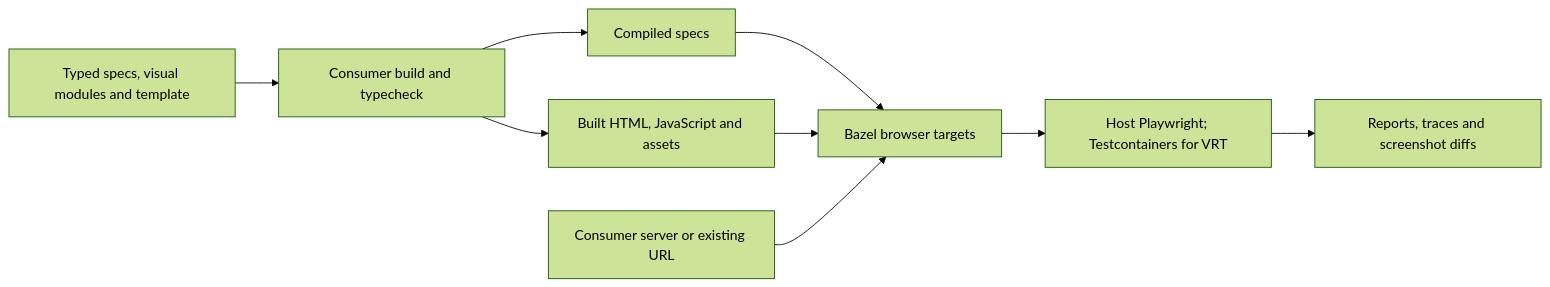
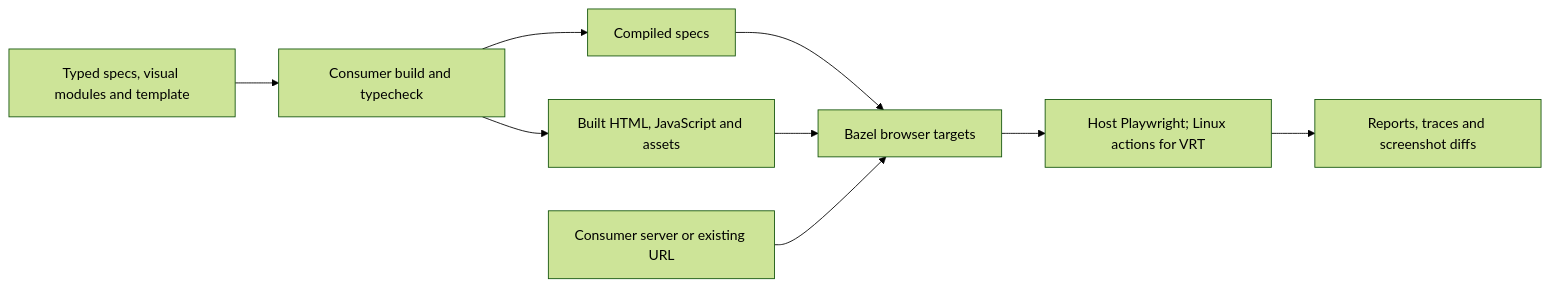
Before and after one commit to perplexityai/rules_web_e2e: the diagram in docs/getting-started.md, drawn with Mermaid (forest theme). The commit also changed other lines of this file and 56 other files, not shown here.

First line of the commit message:
feat: replace Testcontainers with actiond for VRT (#29)

````diff
--- a/docs/getting-started.md
+++ b/docs/getting-started.md
@@ -7,11 +7,11 @@
 ```mermaid
 flowchart LR
   Sources[Typed specs, visual modules and template] --> Build[Consumer build and typecheck]
   Build --> Specs[Compiled specs]
   Build --> Shell[Built HTML, JavaScript and assets]
   Specs --> Tests[Bazel browser targets]
   Shell --> Tests
   Server[Consumer server or existing URL] --> Tests
-  Tests --> Browser[Host Playwright; Testcontainers for VRT]
+  Tests --> Browser[Host Playwright; Linux actions for VRT]
   Browser --> Results[Reports, traces and screenshot diffs]
 ```
````
